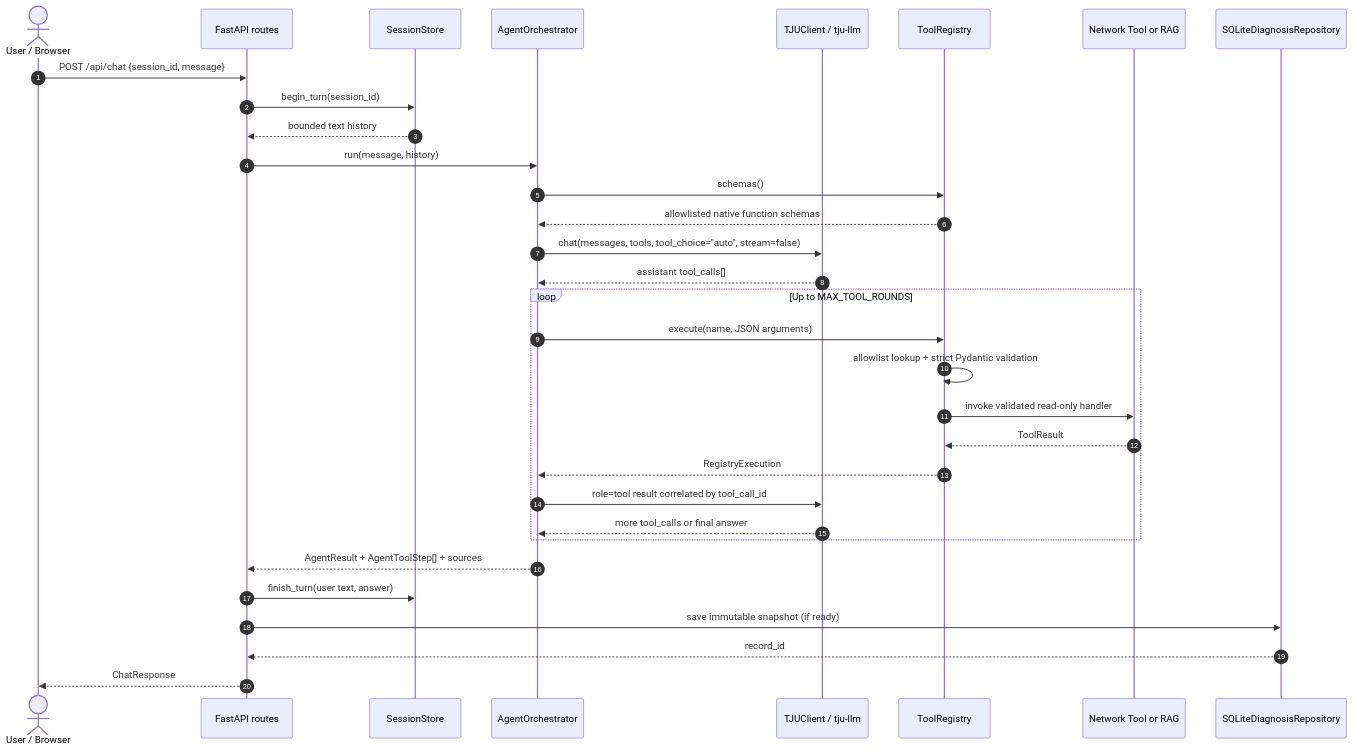
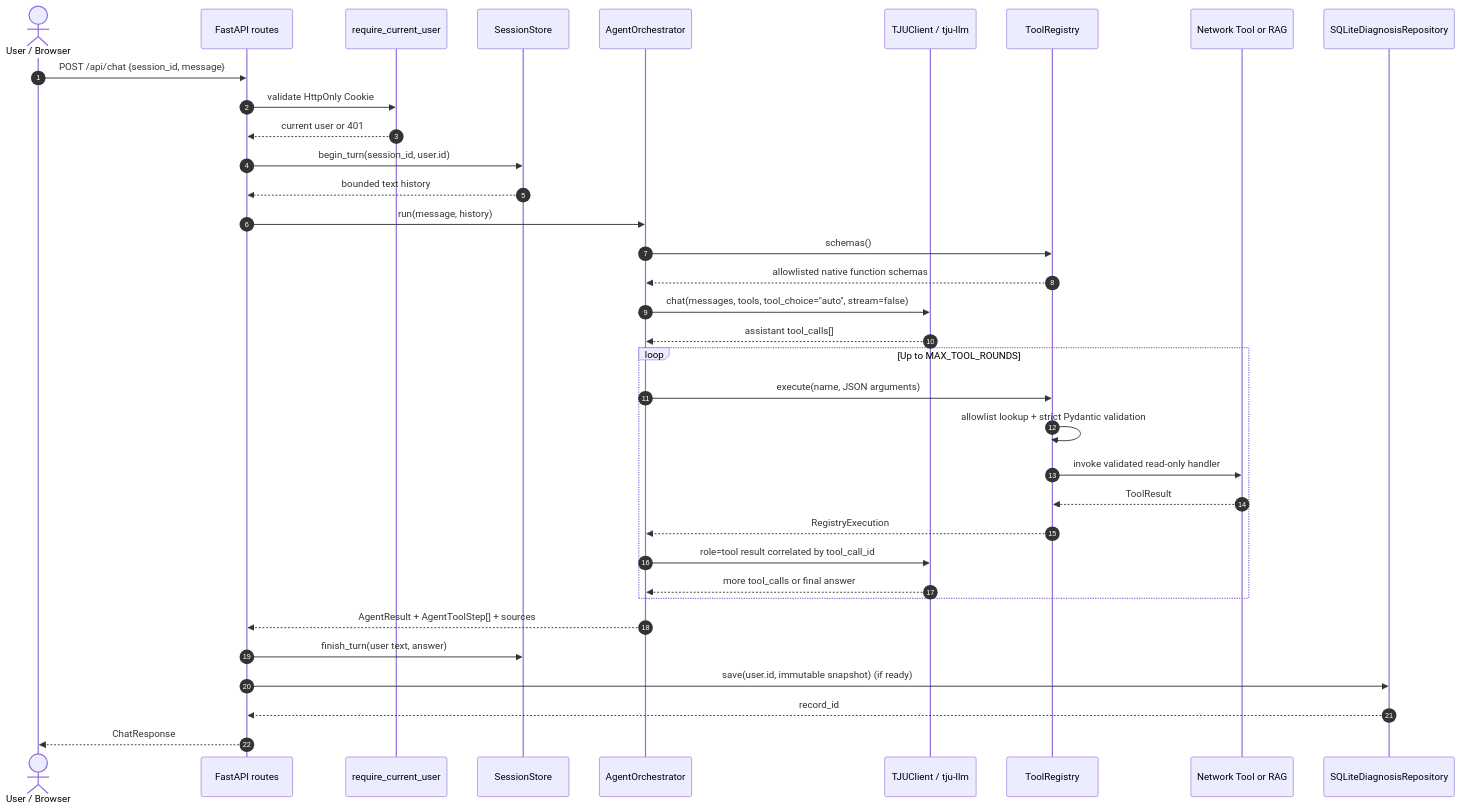
The diagram in docs/architecture.md (solis255/agent2026-qa-bot), drawn with Mermaid before and after one commit. The commit also changed other lines of this file and 46 other files, not shown here.

````diff
--- a/docs/architecture.md
+++ b/docs/architecture.md
@@ -171,35 +174,38 @@
 ```mermaid
 sequenceDiagram
     autonumber
     actor U as User / Browser
     participant API as FastAPI routes
+    participant Auth as require_current_user
     participant S as SessionStore
     participant A as AgentOrchestrator
     participant L as TJUClient / tju-llm
     participant R as ToolRegistry
     participant T as Network Tool or RAG
     participant H as SQLiteDiagnosisRepository
 
     U->>API: POST /api/chat {session_id, message}
-    API->>S: begin_turn(session_id)
+    API->>Auth: validate HttpOnly Cookie
+    Auth-->>API: current user or 401
+    API->>S: begin_turn(session_id, user.id)
     S-->>API: bounded text history
     API->>A: run(message, history)
     A->>R: schemas()
     R-->>A: allowlisted native function schemas
     A->>L: chat(messages, tools, tool_choice="auto", stream=false)
     L-->>A: assistant tool_calls[]
     loop Up to MAX_TOOL_ROUNDS
         A->>R: execute(name, JSON arguments)
         R->>R: allowlist lookup + strict Pydantic validation
         R->>T: invoke validated read-only handler
         T-->>R: ToolResult
         R-->>A: RegistryExecution
         A->>L: role=tool result correlated by tool_call_id
         L-->>A: more tool_calls or final answer
     end
     A-->>API: AgentResult + AgentToolStep[] + sources
     API->>S: finish_turn(user text, answer)
-    API->>H: save immutable snapshot (if ready)
+    API->>H: save(user.id, immutable snapshot) (if ready)
     H-->>API: record_id
     API-->>U: ChatResponse
 ```
````
